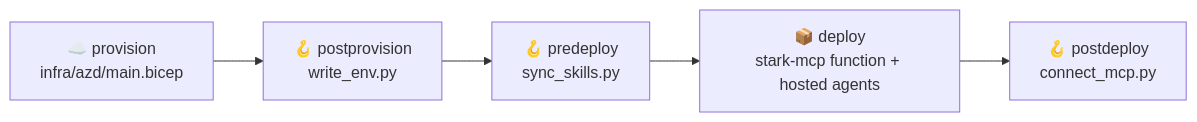
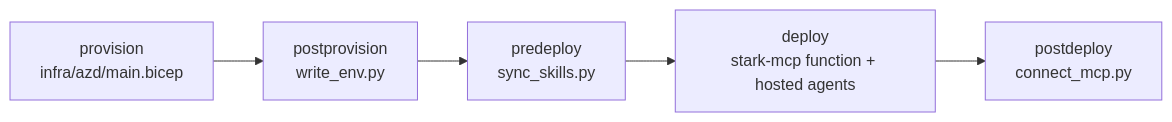
Before and after one commit to nampacx/MS-Foundry-from-0-to-hero: the second of 2 diagrams in docs/getting-started.md, drawn with Mermaid. The commit also changed other lines of this file and 37 other files, not shown here.

````diff
--- a/docs/getting-started.md
+++ b/docs/getting-started.md
@@ -75,7 +75,7 @@
 ```mermaid
 flowchart LR
-  P[☁️ provision<br/>infra/azd/main.bicep] --> H[🪝 postprovision<br/>write_env.py]
-  H --> S[🪝 predeploy<br/>sync_skills.py]
-  S --> D[📦 deploy<br/>stark-mcp function + hosted agents]
-  D --> H2[🪝 postdeploy<br/>connect_mcp.py]
+  P[provision<br/>infra/azd/main.bicep] --> H[postprovision<br/>write_env.py]
+  H --> S[predeploy<br/>sync_skills.py]
+  S --> D[deploy<br/>stark-mcp function + hosted agents]
+  D --> H2[postdeploy<br/>connect_mcp.py]
 ```
````
